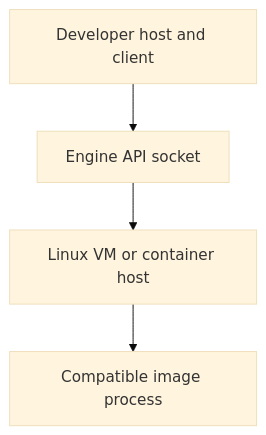
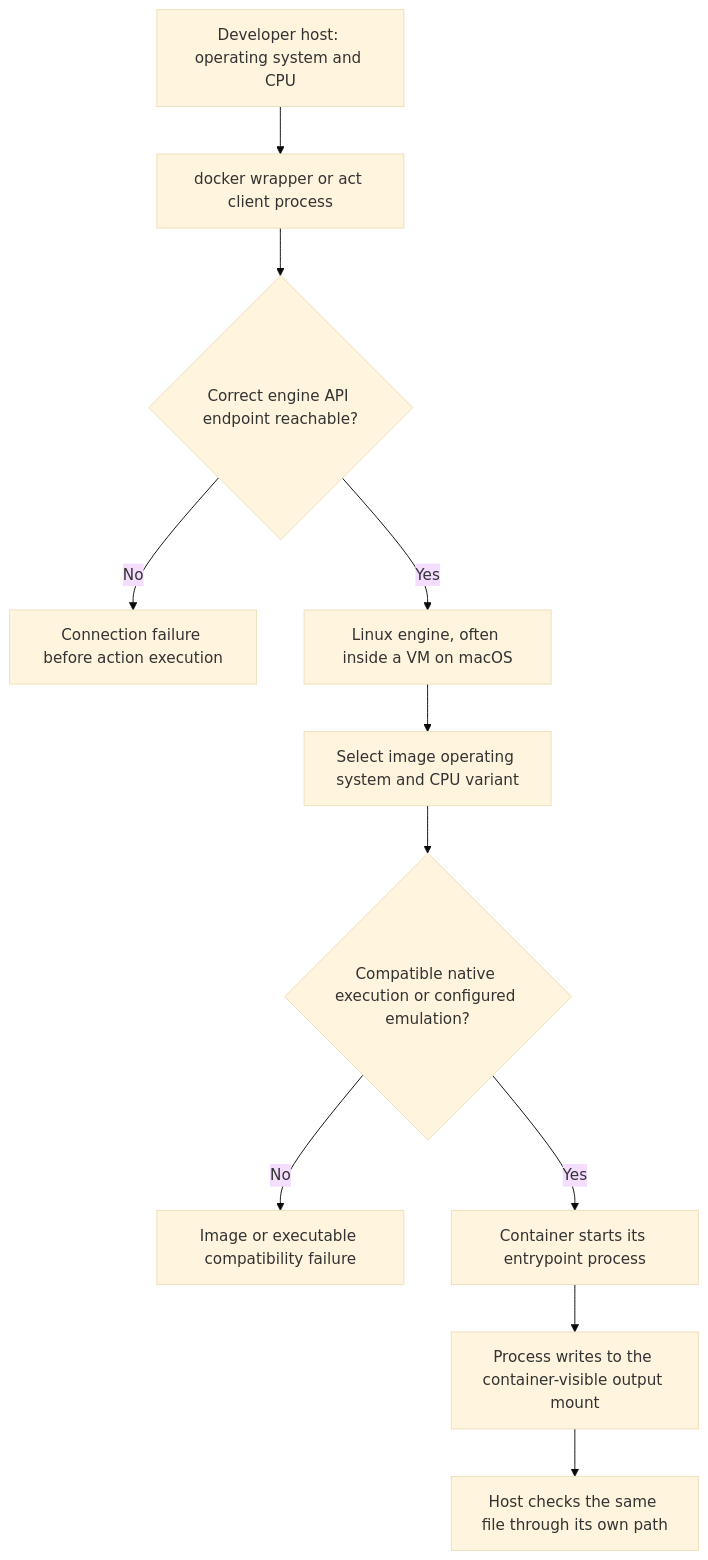
The diagram in docs/lessons/0010-container-engines-images-and-architecture.md (Rohit1024/actions-learn), drawn with Mermaid (base theme) before and after one commit. The commit also changed other lines of this file and 228 other files, not shown here.

````diff
--- a/docs/lessons/0010-container-engines-images-and-architecture.md
+++ b/docs/lessons/0010-container-engines-images-and-architecture.md
@@ -49,10 +24,13 @@
 ```mermaid
 flowchart TD
-    N0["Developer host and client"]
-    N1["Engine API socket"]
-    N0 --> N1
-    N2["Linux VM or container host"]
-    N1 --> N2
-    N3["Compatible image process"]
-    N2 --> N3
+    Host["Developer host: operating system and CPU"] --> Client["docker wrapper or act client process"]
+    Client --> Connection{"Correct engine API endpoint reachable?"}
+    Connection -->|"No"| Stop["Connection failure before action execution"]
+    Connection -->|"Yes"| Engine["Linux engine, often inside a VM on macOS"]
+    Engine --> Image["Select image operating system and CPU variant"]
+    Image --> Compatible{"Compatible native execution or configured emulation?"}
+    Compatible -->|"No"| Arch["Image or executable compatibility failure"]
+    Compatible -->|"Yes"| Process["Container starts its entrypoint process"]
+    Process --> Mount["Process writes to the container-visible output mount"]
+    Mount --> HostFile["Host checks the same file through its own path"]
 ```
````
